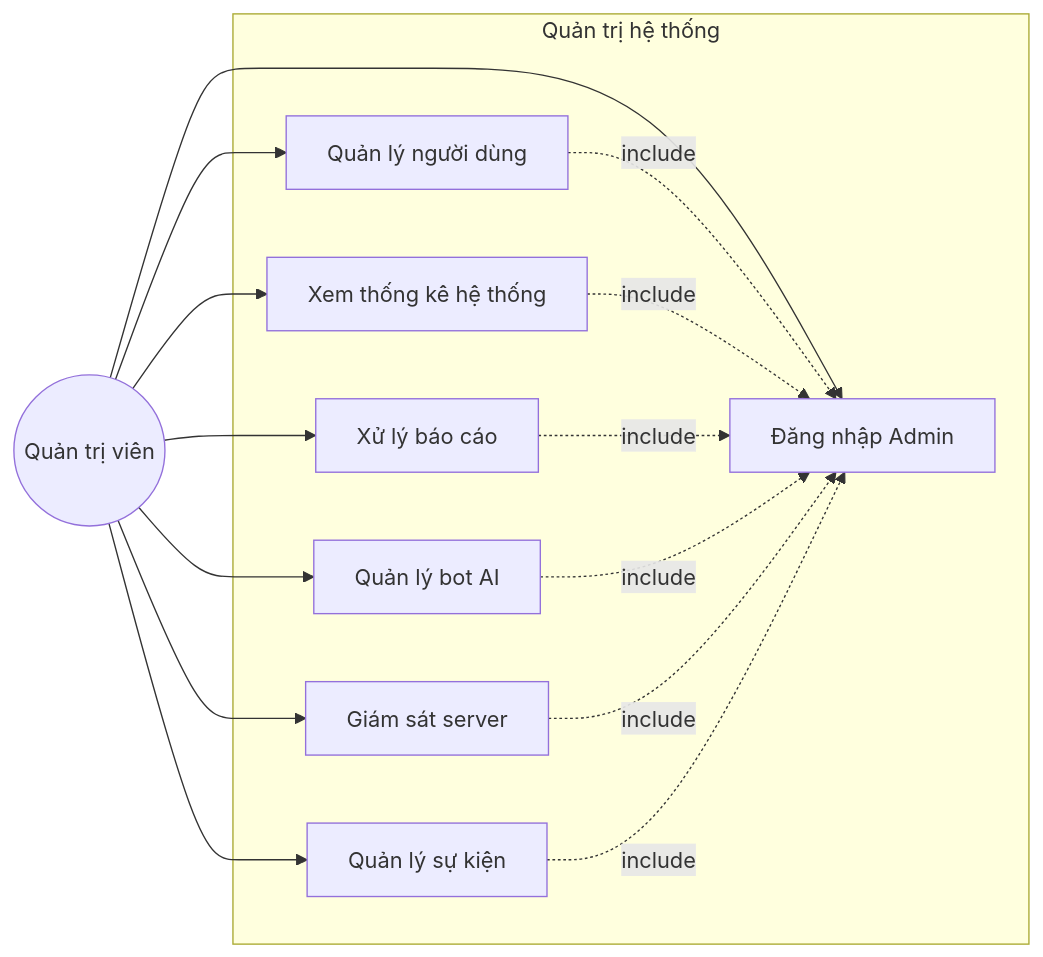
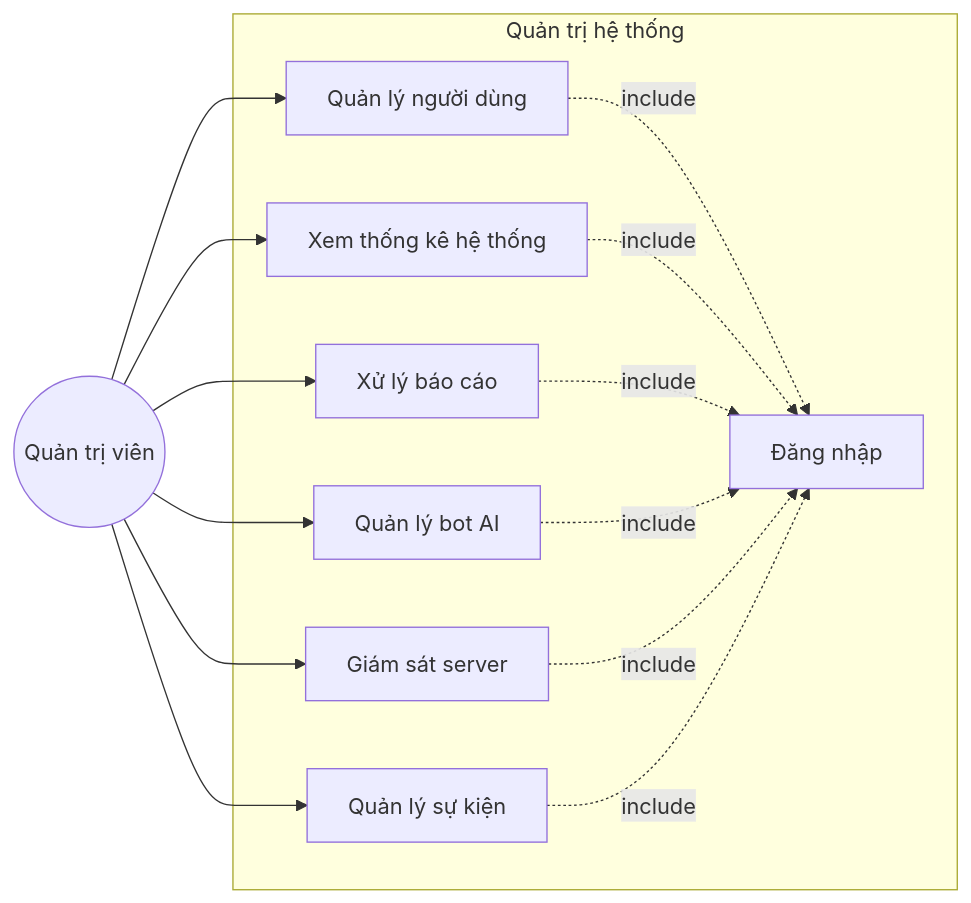
One commit to HuyHoang091/creature-chess changed the eighth of 30 diagrams in docs/3.2-PHAN-TICH-THIET-KE-HE-THONG.md. Above: the diagram before and after it, drawn with Mermaid. The commit also changed other lines of this file and 1 other file, not shown here.

````diff
--- a/docs/3.2-PHAN-TICH-THIET-KE-HE-THONG.md
+++ b/docs/3.2-PHAN-TICH-THIET-KE-HE-THONG.md
@@ -373,29 +368,28 @@
 ```mermaid
 graph LR
     Admin((Quản trị viên))
 
     subgraph "Quản trị hệ thống"
         UC1[Quản lý người dùng]
         UC2[Xem thống kê hệ thống]
         UC3[Xử lý báo cáo]
         UC4[Quản lý bot AI]
         UC5[Giám sát server]
         UC6[Quản lý sự kiện]
-        UC7[Đăng nhập Admin]
+        UC7[Đăng nhập]
     end
 
     Admin --> UC1
     Admin --> UC2
     Admin --> UC3
     Admin --> UC4
     Admin --> UC5
     Admin --> UC6
-    Admin --> UC7
 
     UC1 -.include.-> UC7
     UC2 -.include.-> UC7
     UC3 -.include.-> UC7
     UC4 -.include.-> UC7
     UC5 -.include.-> UC7
     UC6 -.include.-> UC7
 ```
````
